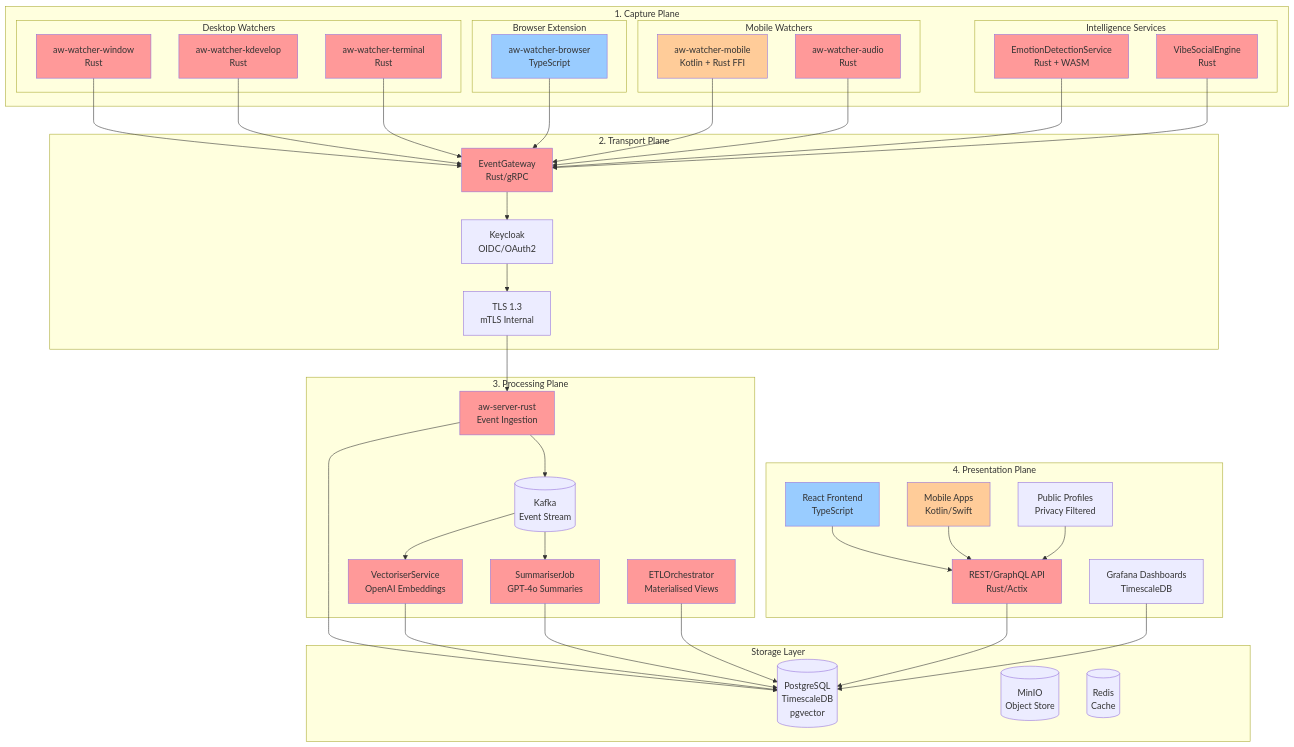
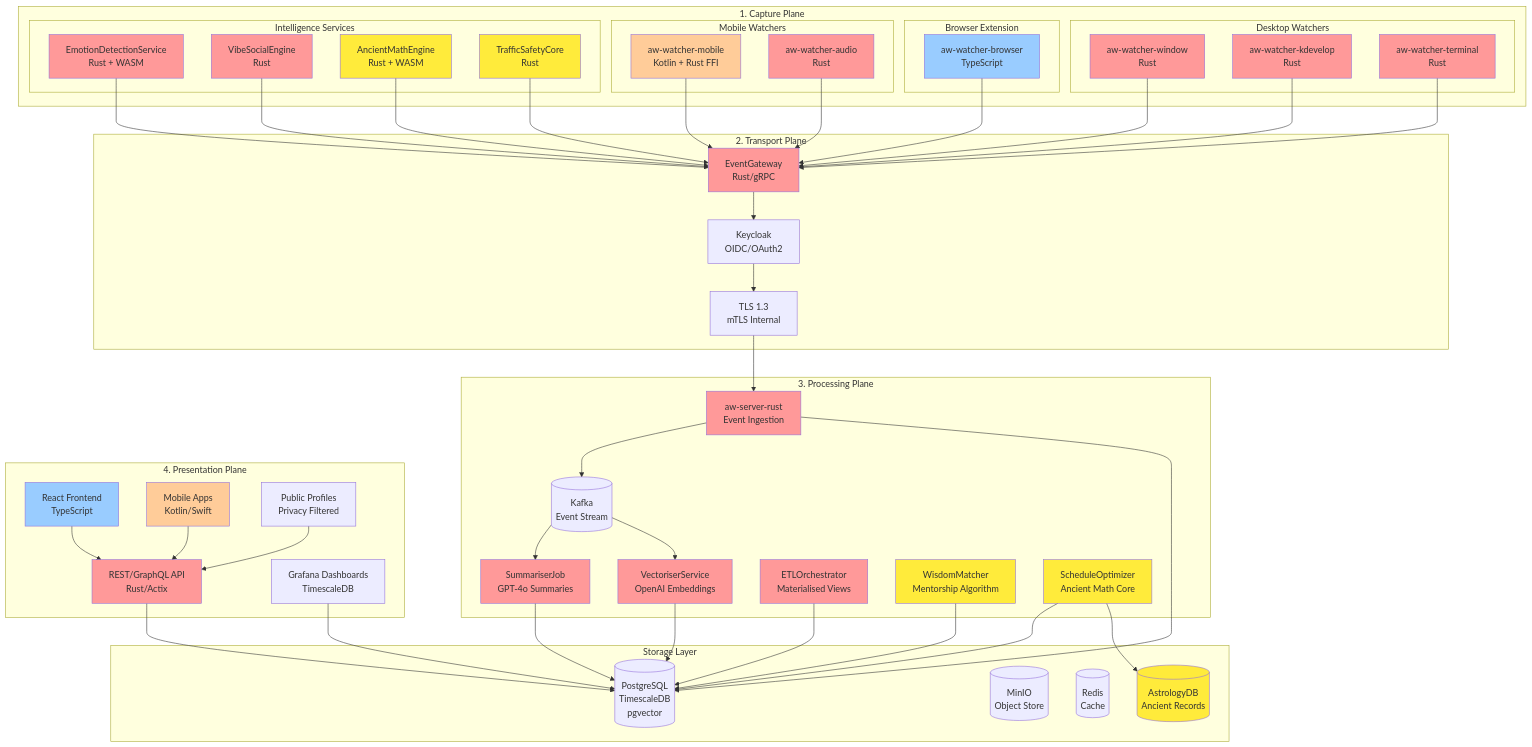
Before and after one commit to Tim-Spurlin/iVibe.live-Pro: the third of 12 diagrams in README.md, drawn with Mermaid. The commit also changed other lines of this file, not shown here.

Commit message:
Add advanced mathematical scheduling engine with ancient Chinese mathematics

```diff
--- a/README.md
+++ b/README.md
@@ -193,6 +299,8 @@
         subgraph "Intelligence Services"
             ED[EmotionDetectionService<br/>Rust + WASM]
             VS[VibeSocialEngine<br/>Rust]
+            AM[AncientMathEngine<br/>Rust + WASM]
+            TS[TrafficSafetyCore<br/>Rust]
         end
     end
     
@@ -208,6 +316,8 @@
         VEC[VectoriserService<br/>OpenAI Embeddings]
         SUM[SummariserJob<br/>GPT-4o Summaries]
         ETL[ETLOrchestrator<br/>Materialised Views]
+        WM[WisdomMatcher<br/>Mentorship Algorithm]
+        SO[ScheduleOptimizer<br/>Ancient Math Core]
     end
     
     subgraph "4. Presentation Plane"
@@ -222,6 +332,7 @@
         PG[(PostgreSQL<br/>TimescaleDB<br/>pgvector)]
         MIN[(MinIO<br/>Object Store)]
         RED[(Redis<br/>Cache)]
+        AST[(AstrologyDB<br/>Ancient Records)]
     end
     
     WW --> EG
@@ -232,6 +343,8 @@
     AW --> EG
     ED --> EG
     VS --> EG
+    AM --> EG
+    TS --> EG
     
     EG --> KC
     KC --> TLS
@@ -244,6 +357,9 @@
     VEC --> PG
     SUM --> PG
     ETL --> PG
+    WM --> PG
+    SO --> AST
+    SO --> PG
     
     API --> PG
     WEB --> API
@@ -251,6 +367,11 @@
     GRAF --> PG
     PUB --> API
     
+    style AM fill:#ffeb3b
+    style TS fill:#ffeb3b
+    style WM fill:#ffeb3b
+    style SO fill:#ffeb3b
+    style AST fill:#ffeb3b
     style WW fill:#ff9999
     style KW fill:#ff9999
     style TW fill:#ff9999
```
